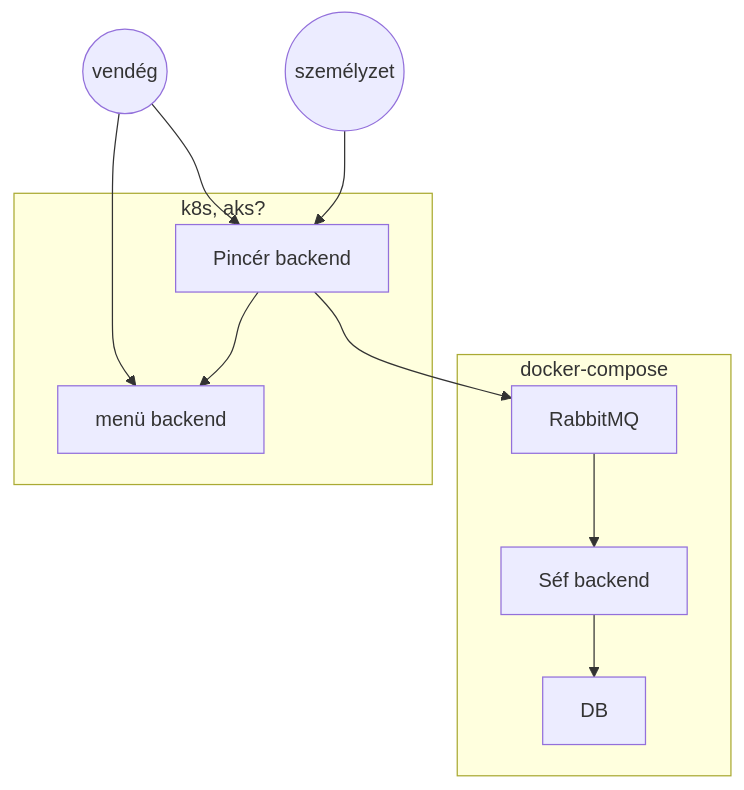
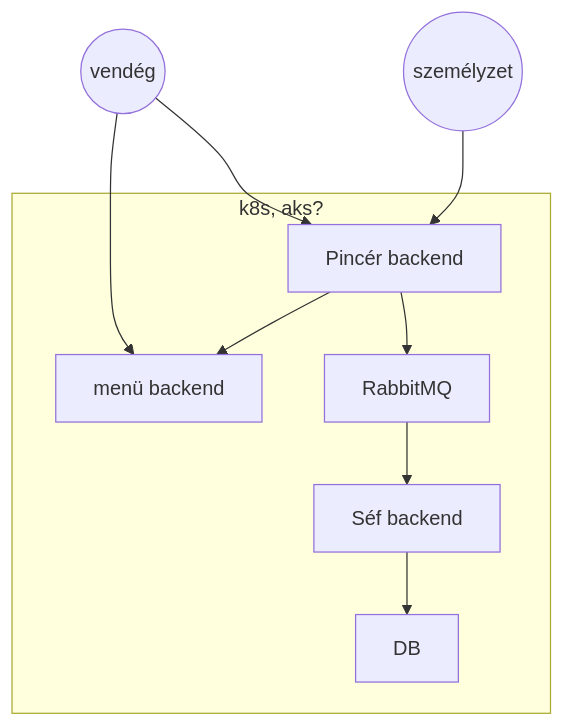
The diagram in README.md (1majom/skala_nhf), drawn with Mermaid before and after one commit. The commit also changed other lines of this file and 16 other files, not shown here.

````diff
--- a/README.md
+++ b/README.md
@@ -21,27 +22,22 @@
 ```mermaid
 graph TD
     1((vendég))
     2((személyzet))
 
     subgraph "k8s, aks?"
       3[menü backend]
       4[Pincér backend]
-    end
-    subgraph docker-compose
       10[DB]
       5[RabbitMQ]
       6[Séf backend]
-    end
-    
-    
-    
+  end
+        
     1 --> 3
     1 --> 4
     4 --> 3
     2 --> 4
-  
     4 --> 5
     5 --> 6
     6 --> 10
 
 ```
````
